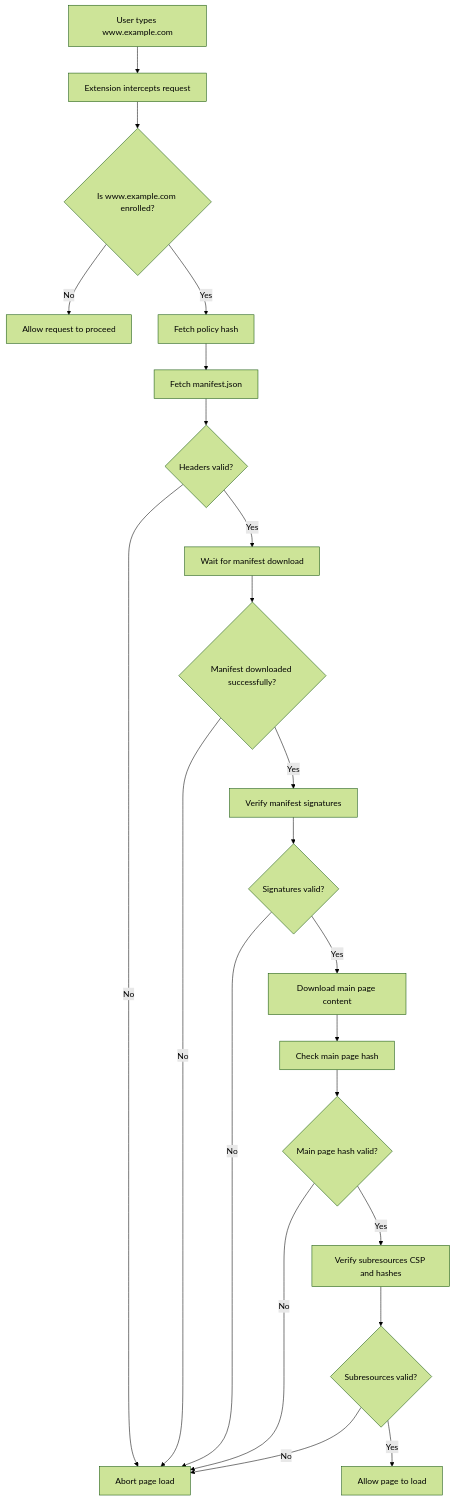
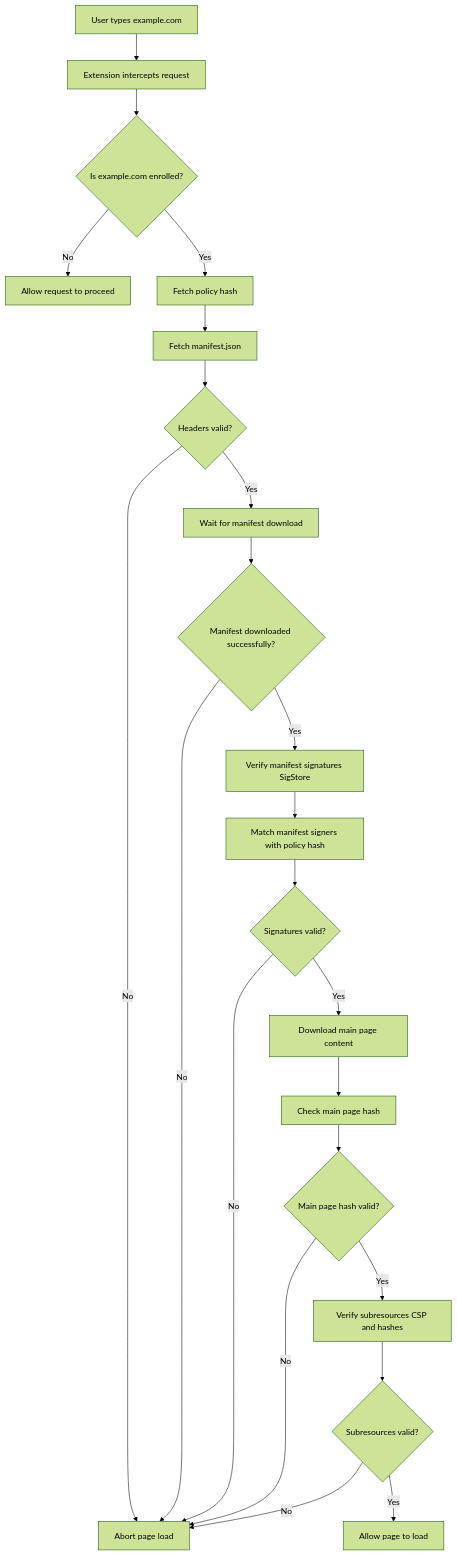
The first of 2 diagrams in extension/Readme.md (freedomofpress/webcat), drawn with Mermaid (forest theme) before and after one commit.

Commit message:
Update verification mermaid diagram

````diff
--- a/extension/Readme.md
+++ b/extension/Readme.md
@@ -33,24 +33,25 @@
 ```mermaid
 flowchart TD
-    A[User types www.example.com] --> B[Extension intercepts request]
-    B --> C{Is www.example.com enrolled?}
+    A[User types example.com] --> B[Extension intercepts request]
+    B --> C{Is example.com enrolled?}
     C -- No --> D[Allow request to proceed]
     C -- Yes --> E[Fetch policy hash]
     E --> F[Fetch manifest.json]
     F --> G{Headers valid?}
     G -- No --> H[Abort page load]
     G -- Yes --> I[Wait for manifest download]
     I --> J{Manifest downloaded successfully?}
     J -- No --> H
-    J -- Yes --> K[Verify manifest signatures]
-    K --> L{Signatures valid?}
+    J -- Yes --> K[Verify manifest signatures SigStore]
+    K --> K2[Match manifest signers with policy hash]
+    K2 --> L{Signatures valid?}
     L -- No --> H
     L -- Yes --> M[Download main page content]
     M --> N[Check main page hash]
     N --> O{Main page hash valid?}
     O -- No --> H
     O -- Yes --> P[Verify subresources CSP and hashes]
     P --> Q{Subresources valid?}
     Q -- No --> H
     Q -- Yes --> R[Allow page to load]
 ```
````
